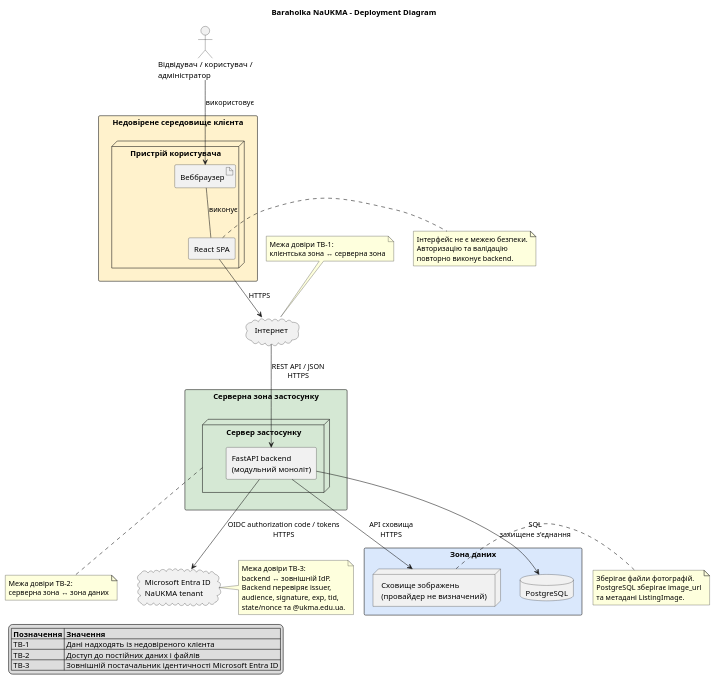
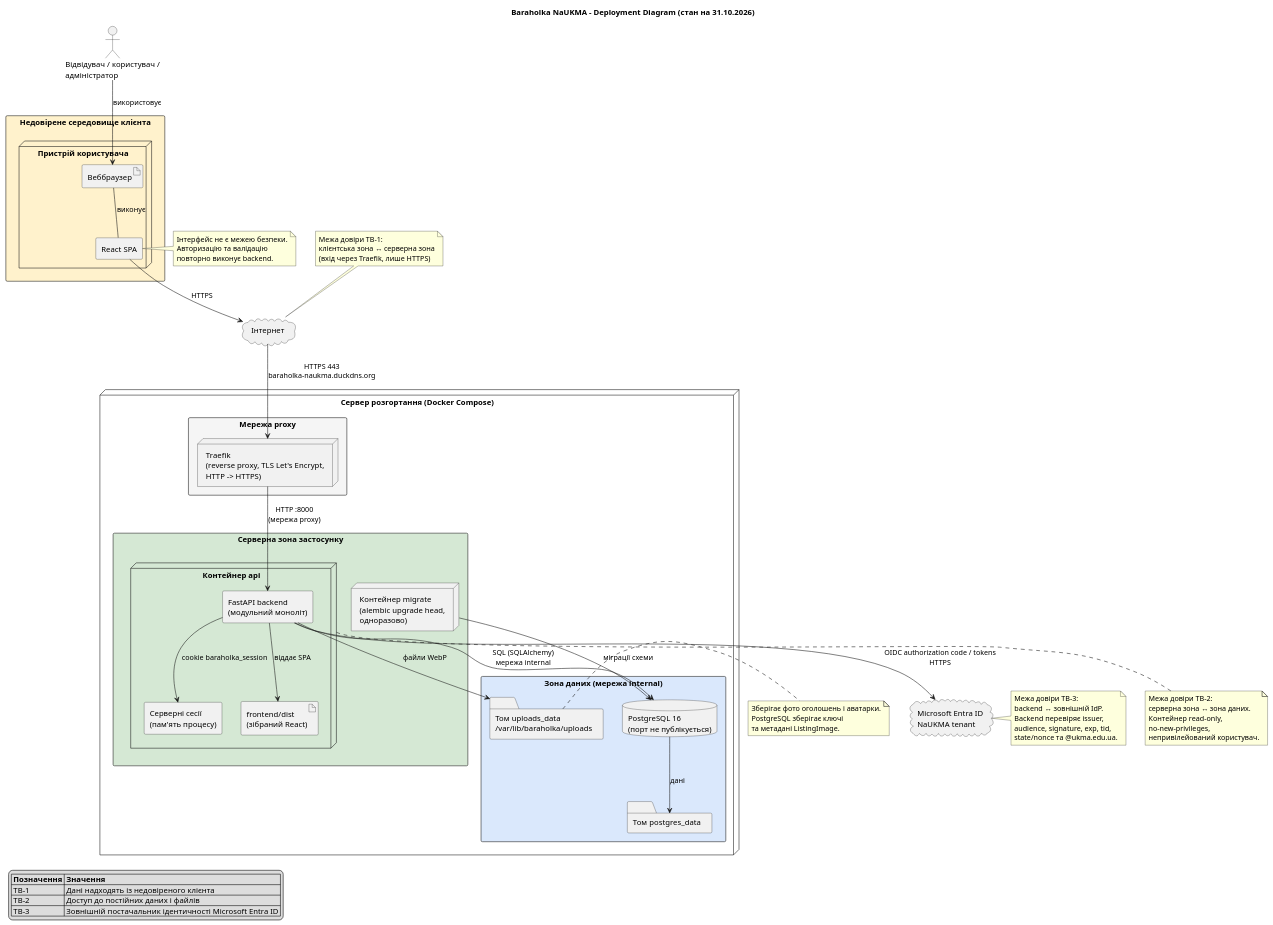
The diagram in docs/architecture/uml/deployment.puml (ukma-fin-ssdm-2026/Next-Gen), drawn with PlantUML before and after one commit.

Commit message:
docs(uml): deployment diagram reflects Docker Compose and Traefik

```diff
--- a/docs/architecture/uml/deployment.puml
+++ b/docs/architecture/uml/deployment.puml
@@ -1,76 +1,96 @@
 @startuml
-title Baraholka NaUKMA - Deployment Diagram
+title Baraholka NaUKMA - Deployment Diagram (стан на 31.10.2026)
 
 skinparam shadowing false
 skinparam componentStyle rectangle
 
 actor "Відвідувач / користувач /\nадміністратор" as user
 
 rectangle "Недовірене середовище клієнта" #FFF2CC {
   node "Пристрій користувача" as client {
     artifact "Веббраузер" as browser
     component "React SPA" as frontend
 
     browser -- frontend : виконує
   }
 }
 
 cloud "Інтернет" as internet
 cloud "Microsoft Entra ID\nNaUKMA tenant" as entra
 
-rectangle "Серверна зона застосунку" #D5E8D4 {
-  node "Сервер застосунку" as app_server {
-    component "FastAPI backend\n(модульний моноліт)" as backend
+node "Сервер розгортання (Docker Compose)" as host {
+
+  rectangle "Мережа proxy" #F5F5F5 {
+    node "Traefik\n(reverse proxy, TLS Let's Encrypt,\nHTTP -> HTTPS)" as traefik
   }
-}
 
-rectangle "Зона даних" #DAE8FC {
-  database "PostgreSQL" as database
-  node "Сховище зображень\n(провайдер не визначений)" as image_storage
+  rectangle "Серверна зона застосунку" #D5E8D4 {
+    node "Контейнер api" as api_container {
+      component "FastAPI backend\n(модульний моноліт)" as backend
+      artifact "frontend/dist\n(зібраний React)" as dist
+      component "Серверні сесії\n(пам'ять процесу)" as sessions
+    }
+    node "Контейнер migrate\n(alembic upgrade head,\nодноразово)" as migrate
+  }
+
+  rectangle "Зона даних (мережа internal)" #DAE8FC {
+    database "PostgreSQL 16\n(порт не публікується)" as database
+    folder "Том uploads_data\n/var/lib/baraholka/uploads" as uploads
+    folder "Том postgres_data" as pgdata
+  }
 }
 
 user --> browser : використовує
 frontend --> internet : HTTPS
-internet --> backend : REST API / JSON\nHTTPS
+internet --> traefik : HTTPS 443\nbaraholka-naukma.duckdns.org
+traefik --> backend : HTTP :8000\n(мережа proxy)
+backend --> dist : віддає SPA
+backend --> sessions : cookie baraholka_session
 backend --> entra : OIDC authorization code / tokens\nHTTPS
-backend --> database : SQL\nзахищене з'єднання
-backend --> image_storage : API сховища\nHTTPS
+backend --> database : SQL (SQLAlchemy)\nмережа internal
+backend --> uploads : файли WebP
+migrate --> database : міграції схеми
+database --> pgdata : дані
 
 note top of internet
   Межа довіри TB-1:
   клієнтська зона ↔ серверна зона
+  (вхід через Traefik, лише HTTPS)
 end note
 
-note bottom of app_server
+note bottom of api_container
   Межа довіри TB-2:
-  серверна зона ↔ зона даних
+  серверна зона ↔ зона даних.
+  Контейнер read-only,
+  no-new-privileges,
+  непривілейований користувач.
 end note
 
 note right of entra
   Межа довіри TB-3:
   backend ↔ зовнішній IdP.
   Backend перевіряє issuer,
   audience, signature, exp, tid,
   state/nonce та @ukma.edu.ua.
 end note
 
 note right of frontend
   Інтерфейс не є межею безпеки.
   Авторизацію та валідацію
   повторно виконує backend.
 end note
 
-note right of image_storage
-  Зберігає файли фотографій.
-  PostgreSQL зберігає image_url
+note right of uploads
+  Зберігає фото оголошень і аватарки.
+  PostgreSQL зберігає ключі
   та метадані ListingImage.
 end note
 
 legend left
   |= Позначення |= Значення |
   | TB-1 | Дані надходять із недовіреного клієнта |
   | TB-2 | Доступ до постійних даних і файлів |
   | TB-3 | Зовнішній постачальник ідентичності Microsoft Entra ID |
 endlegend
 
 @enduml
```
